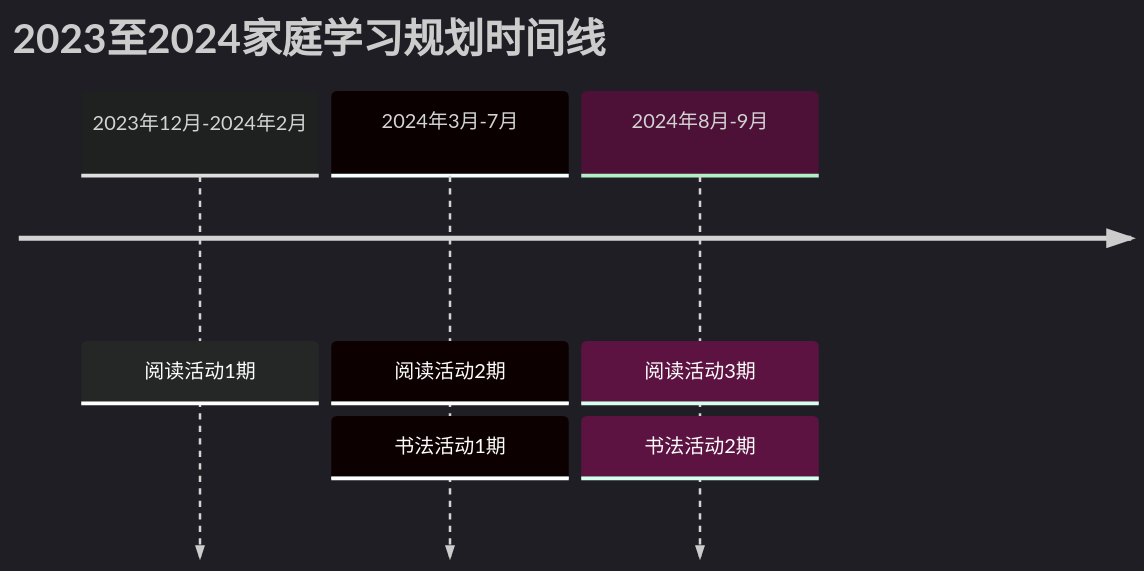
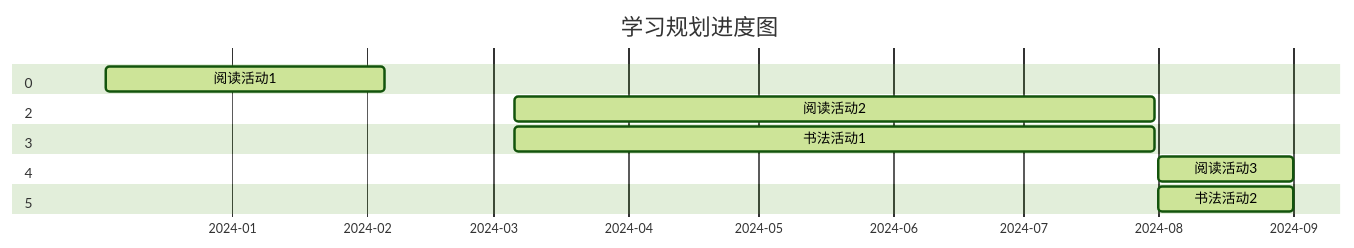
The diagram in index.md (mushroom-cn/mushroom-cn.github.io), drawn with Mermaid before and after one commit. The commit also changed 1 other file, not shown here.

Commit message:
fix: update theme

````diff
--- a/index.md
+++ b/index.md
@@ -14,17 +14,19 @@
 ```mermaid
-%%{init: { 'logLevel': 'debug', 'theme': 'dark' } }%%
-timeline
+gantt
+%%{init: { 'logLevel': 'debug', 'theme': 'forest' } }%%
+    title       学习规划进度图
+    dateFormat  YYYY-MM-DD
+    axisFormat  %Y-%m
 
-    title 2023至2024家庭学习规划时间线
+    section 0
+        阅读活动1               :active,  2023-12-03, 2024-02-05
+    section 2
+        阅读活动2               :active,  2024-03-06, 2024-07-31
+    section 3
+        书法活动1               :active,  2024-03-06, 2024-07-31
+    section 4
+        阅读活动3               :active,  2024-08-01, 2024-09-01
+    section 5
+        书法活动2               :active,  2024-08-01, 2024-09-01
 
-    2023年12月-2024年2月
-                    : 阅读活动1期
-
-    2024年3月-7月
-                 : 阅读活动2期
-                 : 书法活动1期
-
-    2024年8月-9月
-                 :  阅读活动3期
-                 :  书法活动2期
 ```
````
